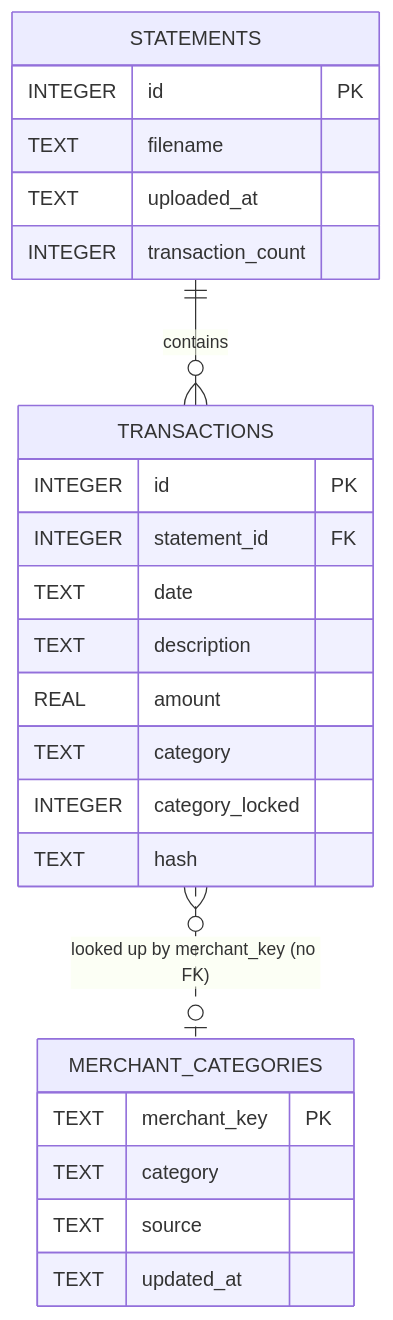
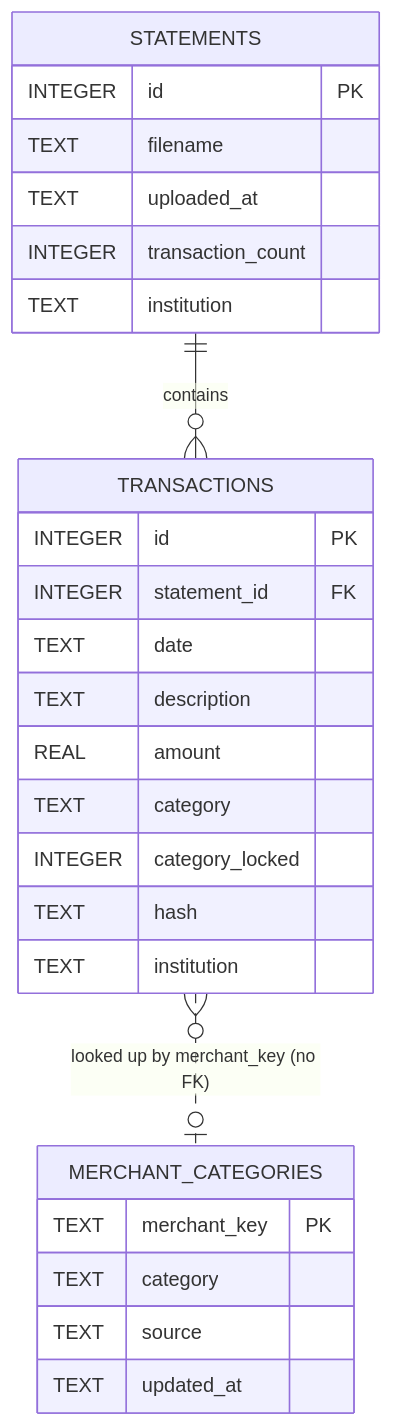
One commit to harithayalavarthi/spendwise changed the diagram in docs/database-schema.md. Above: the diagram before and after it, drawn with Mermaid. The commit also changed other lines of this file and 11 other files, not shown here.

````diff
--- a/docs/database-schema.md
+++ b/docs/database-schema.md
@@ -10,30 +10,32 @@
 ```mermaid
 erDiagram
     STATEMENTS ||--o{ TRANSACTIONS : "contains"
     TRANSACTIONS }o..o| MERCHANT_CATEGORIES : "looked up by merchant_key (no FK)"
 
     STATEMENTS {
         INTEGER id PK
         TEXT filename
         TEXT uploaded_at
         INTEGER transaction_count
+        TEXT institution
     }
 
     TRANSACTIONS {
         INTEGER id PK
         INTEGER statement_id FK
         TEXT date
         TEXT description
         REAL amount
         TEXT category
         INTEGER category_locked
         TEXT hash
+        TEXT institution
     }
 
     MERCHANT_CATEGORIES {
         TEXT merchant_key PK
         TEXT category
         TEXT source
         TEXT updated_at
     }
 ```
````
